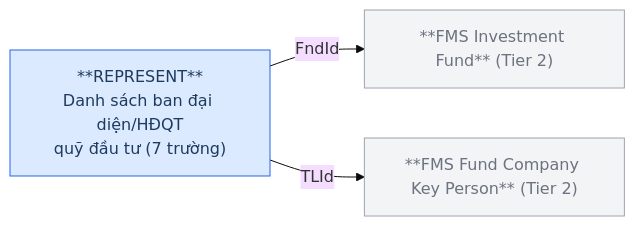
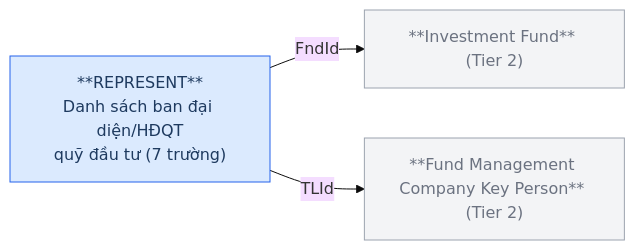
Before and after one commit to linhlvit/ubck_atomic_design: the third of 12 diagrams in Silver/hld/FMS_HLD_Tier3.md, drawn with Mermaid (base theme). The commit also changed other lines of this file and 32 other files, not shown here.

````diff
--- a/Silver/hld/FMS_HLD_Tier3.md
+++ b/Silver/hld/FMS_HLD_Tier3.md
@@ -88,12 +88,12 @@
 ```mermaid
 graph LR
     classDef src fill:#dbeafe,stroke:#2563eb,color:#1e3a5f
     classDef ref fill:#f3f4f6,stroke:#9ca3af,color:#6b7280
 
-    FUNDS["**FMS Investment Fund** (Tier 2)"]:::ref
-    TLP["**FMS Fund Company Key Person** (Tier 2)"]:::ref
+    FUNDS["**Investment Fund** (Tier 2)"]:::ref
+    TLP["**Fund Management Company Key Person** (Tier 2)"]:::ref
     REPRESENT["**REPRESENT**\nDanh sách ban đại diện/HĐQT\nquỹ đầu tư (7 trường)"]:::src
 
     REPRESENT -->|FndId| FUNDS
     REPRESENT -->|TLId| TLP
 ```
````
